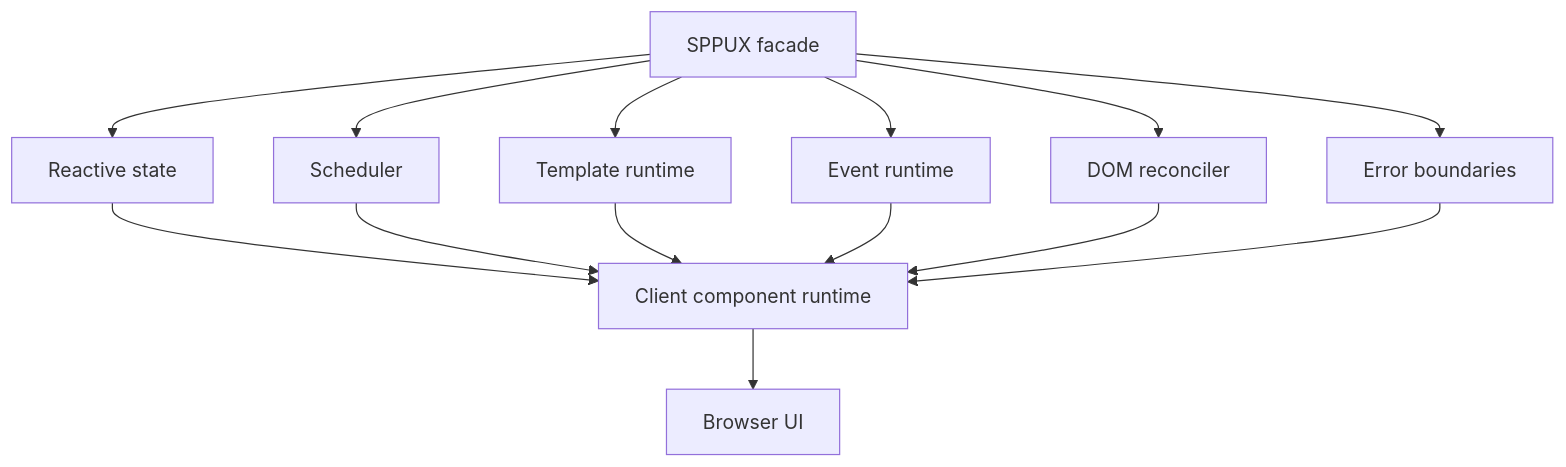
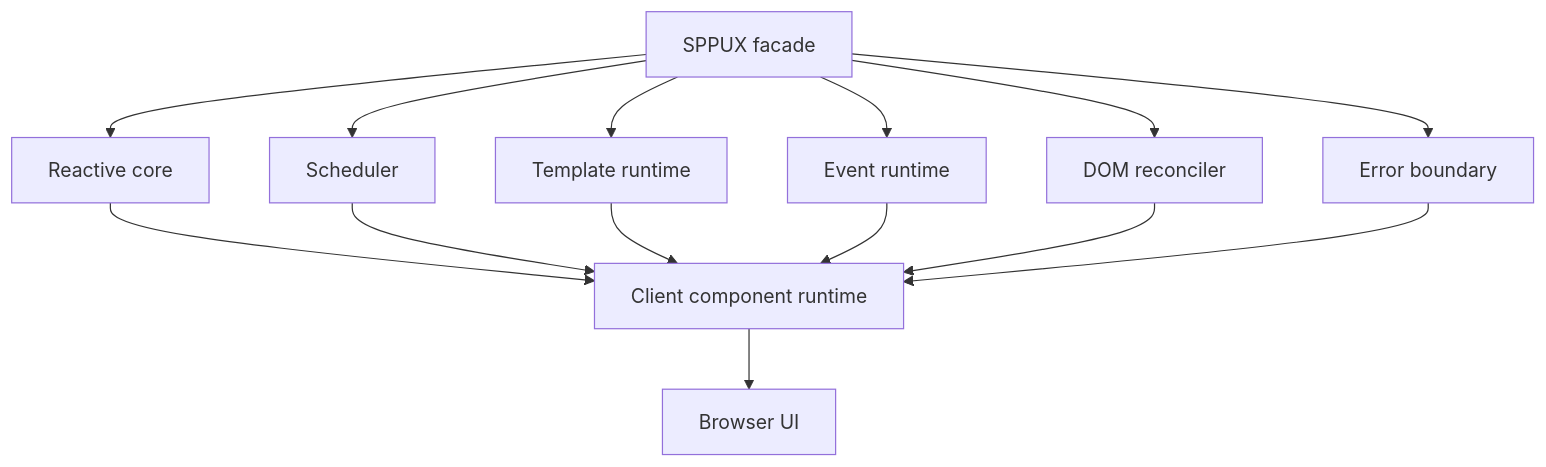
The sixth of 6 diagrams in documentation/handbook/09-sppux-runtime.md (shuklasp/spp), drawn with Mermaid before and after one commit. The commit also changed other lines of this file, not shown here.

````diff
--- a/documentation/handbook/09-sppux-runtime.md
+++ b/documentation/handbook/09-sppux-runtime.md
@@ -20,26 +531,16 @@
 ```mermaid
 flowchart TB
-    F[SPPUX facade]
-    R[Reactive state]
-    S[Scheduler]
-    T[Template runtime]
-    E[Event runtime]
-    D[DOM reconciler]
-    X[Error boundaries]
-    C[Client component runtime]
-    U[Browser UI]
-
-    F --> R
-    F --> S
-    F --> T
-    F --> E
-    F --> D
-    F --> X
-    R --> C
-    S --> C
-    T --> C
-    E --> C
-    D --> C
-    X --> C
-    C --> U
+    A[SPPUX facade] --> B[Reactive core]
+    A --> C[Scheduler]
+    A --> D[Template runtime]
+    A --> E[Event runtime]
+    A --> F[DOM reconciler]
+    A --> G[Error boundary]
+    B --> H[Client component runtime]
+    C --> H
+    D --> H
+    E --> H
+    F --> H
+    G --> H
+    H --> I[Browser UI]
 ```
````
